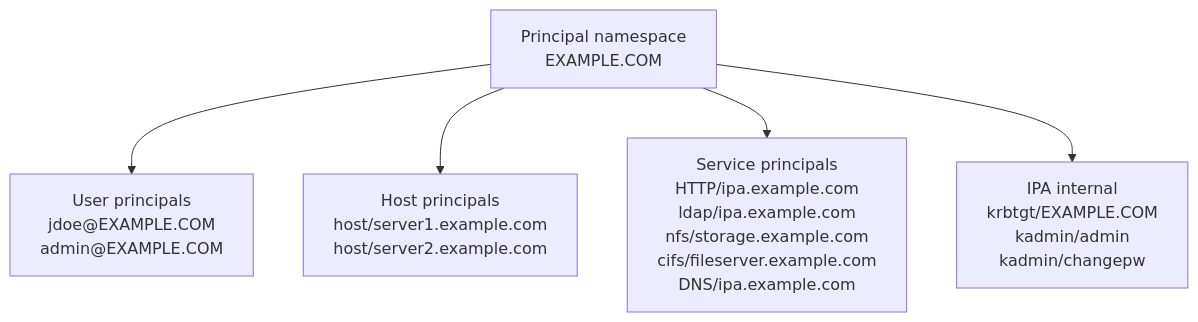
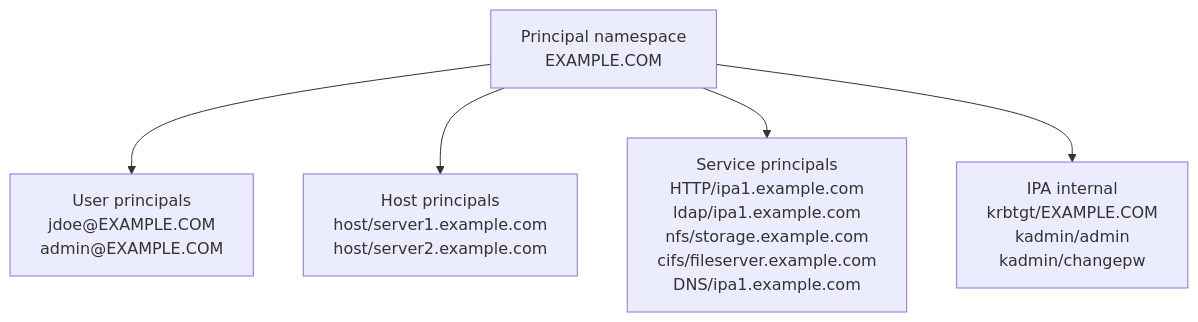
Before and after one commit to UncleJS/course_FreeIPA: the sixth of 13 diagrams in 04_authentication_kerberos.md, drawn with Mermaid. The commit also changed other lines of this file and 22 other files, not shown here.

````diff
--- a/04_authentication_kerberos.md
+++ b/04_authentication_kerberos.md
@@ -211,7 +211,7 @@
 ```mermaid
 graph TD
     A[Principal namespace\nEXAMPLE.COM] --> B[User principals\njdoe@EXAMPLE.COM\nadmin@EXAMPLE.COM]
     A --> C[Host principals\nhost/server1.example.com\nhost/server2.example.com]
-    A --> D[Service principals\nHTTP/ipa.example.com\nldap/ipa.example.com\nnfs/storage.example.com\ncifs/fileserver.example.com\nDNS/ipa.example.com]
+    A --> D[Service principals\nHTTP/ipa1.example.com\nldap/ipa1.example.com\nnfs/storage.example.com\ncifs/fileserver.example.com\nDNS/ipa1.example.com]
     A --> E[IPA internal\nkrbtgt/EXAMPLE.COM\nkadmin/admin\nkadmin/changepw]
 ```
````
